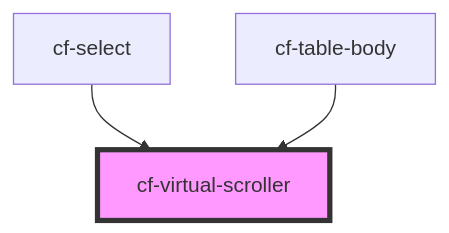
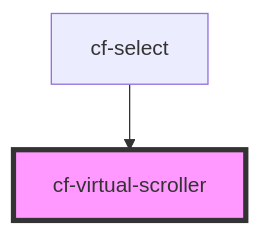
One commit to DriLLFreAK100/codefee-component changed the diagram in src/components/cf-virtual-scroller/readme.md. Above: the diagram before and after it, drawn with Mermaid. The commit also changed other lines of this file and 9 other files, not shown here.

````diff
--- a/src/components/cf-virtual-scroller/readme.md
+++ b/src/components/cf-virtual-scroller/readme.md
@@ -28,6 +27,5 @@
 ```mermaid
 graph TD;
   cf-select --> cf-virtual-scroller
-  cf-table-body --> cf-virtual-scroller
   style cf-virtual-scroller fill:#f9f,stroke:#333,stroke-width:4px
 ```
````
